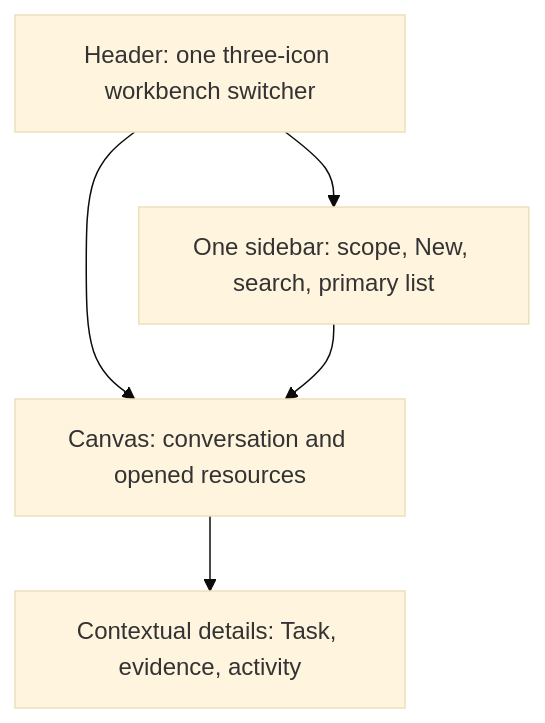
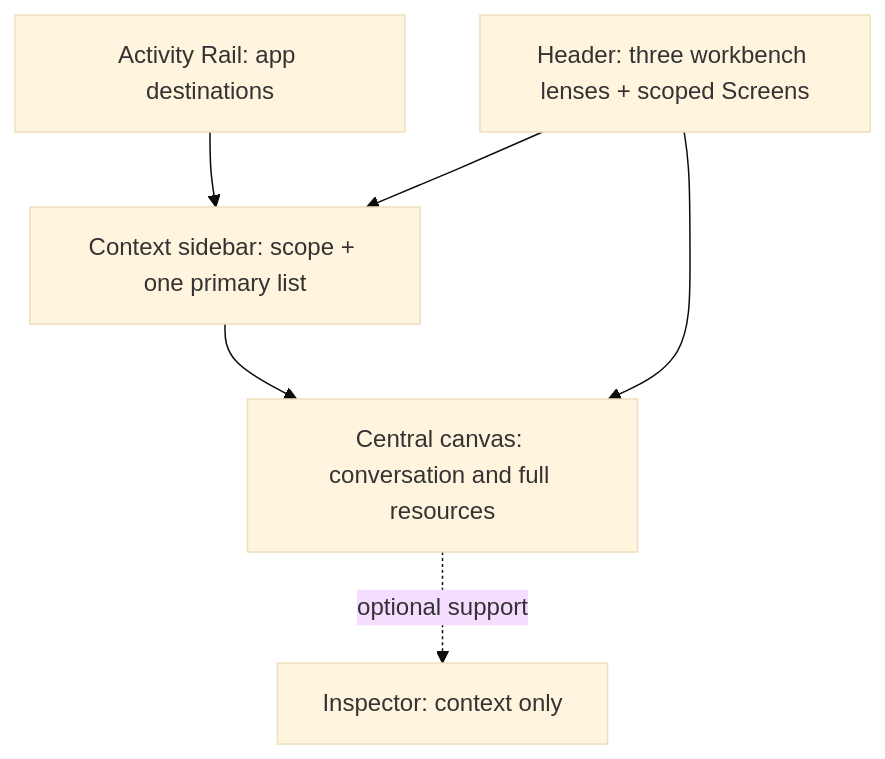
One commit to civi0411/Custos changed the second of 8 diagrams in docs/architecture/agent-workspace-and-ui.md. Above: the diagram before and after it, drawn with Mermaid (base theme). The commit also changed other lines of this file and 37 other files, not shown here.

````diff
--- a/docs/architecture/agent-workspace-and-ui.md
+++ b/docs/architecture/agent-workspace-and-ui.md
@@ -112,7 +124,8 @@
 ```mermaid
 flowchart TD
-    H["Header: one three-icon workbench switcher"] --> S["One sidebar: scope, New, search, primary list"]
-    H --> C["Canvas: conversation and opened resources"]
+    R["Activity Rail: app destinations"] --> S["Context sidebar: scope + one primary list"]
+    H["Header: three workbench lenses + scoped Screens"] --> S
+    H --> C["Central canvas: conversation and full resources"]
     S --> C
-    C --> I["Contextual details: Task, evidence, activity"]
+    C -. optional support .-> I["Inspector: context only"]
 ```
````
